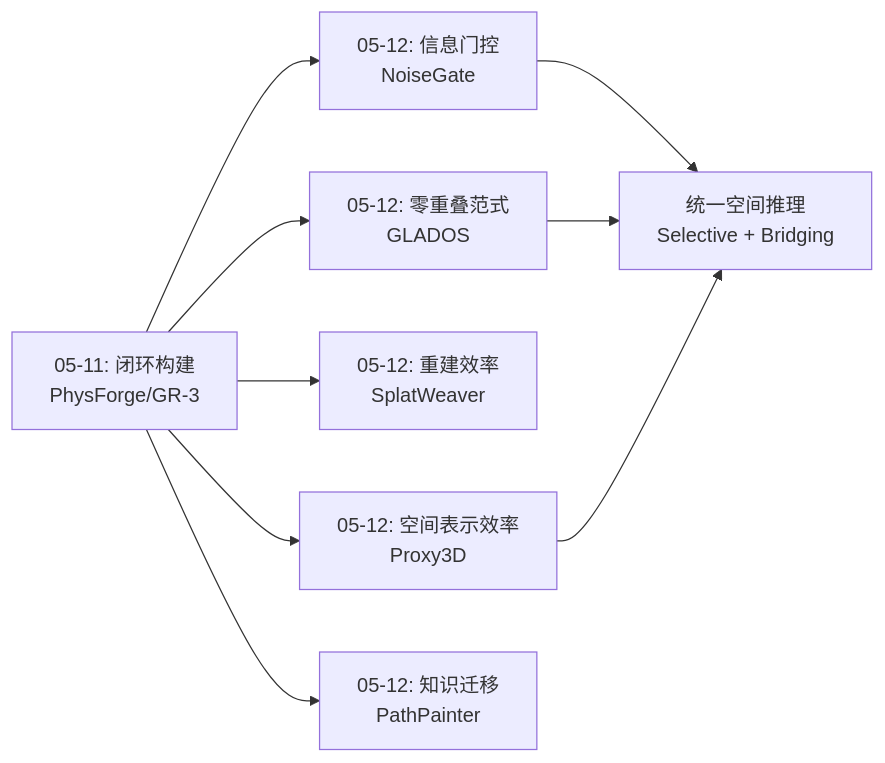
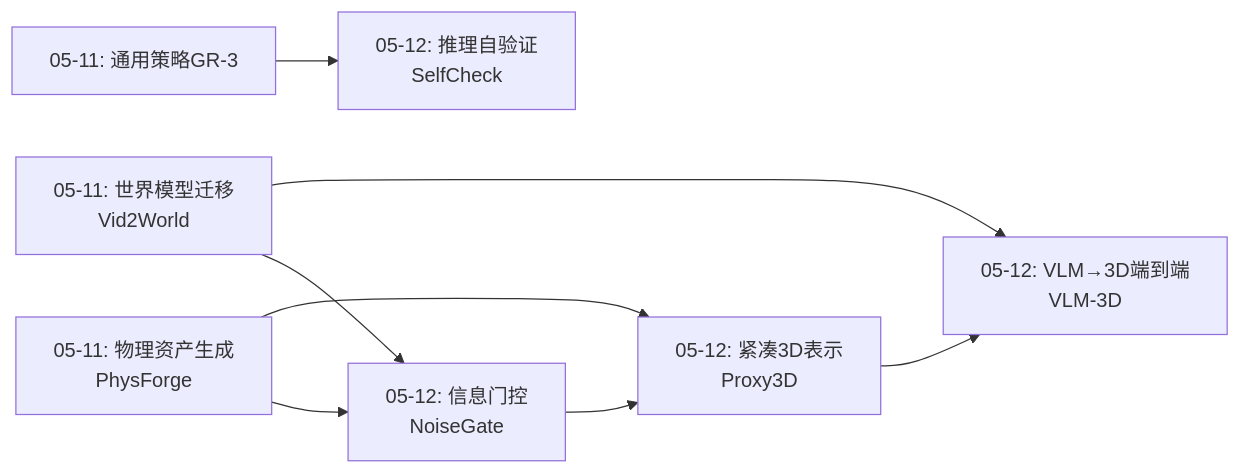
The first of 5 diagrams in daily_thinking/2026-05-12.md (ahangchen/spatial_agi), drawn with Mermaid before and after one commit. The commit also changed other lines of this file and 1 other file, not shown here.

````diff
--- a/daily_thinking/2026-05-12.md
+++ b/daily_thinking/2026-05-12.md
@@ -22,11 +21,10 @@
 ```mermaid
 graph LR
-    A["05-11: 闭环构建<br/>PhysForge/GR-3"] --> B["05-12: 信息门控<br/>NoiseGate"]
-    A --> C["05-12: 空间表示效率<br/>Proxy3D"]
-    A --> D["05-12: 重建效率<br/>SplatWeaver"]
-    A --> E["05-12: 零重叠范式<br/>GLADOS"]
-    A --> F["05-12: 知识迁移<br/>PathPainter"]
-    B --> G["统一空间推理<br/>Selective + Bridging"]
-    E --> G
-    C --> G
+    A["05-11: 物理资产生成<br/>PhysForge"] --> B["05-12: 信息门控<br/>NoiseGate"]
+    A --> C["05-12: 紧凑3D表示<br/>Proxy3D"]
+    D["05-11: 世界模型迁移<br/>Vid2World"] --> B
+    D --> E["05-12: VLM→3D端到端<br/>VLM-3D"]
+    F["05-11: 通用策略GR-3"] --> G["05-12: 推理自验证<br/>SelfCheck"]
+    B --> C
+    C --> E
 ```
````
